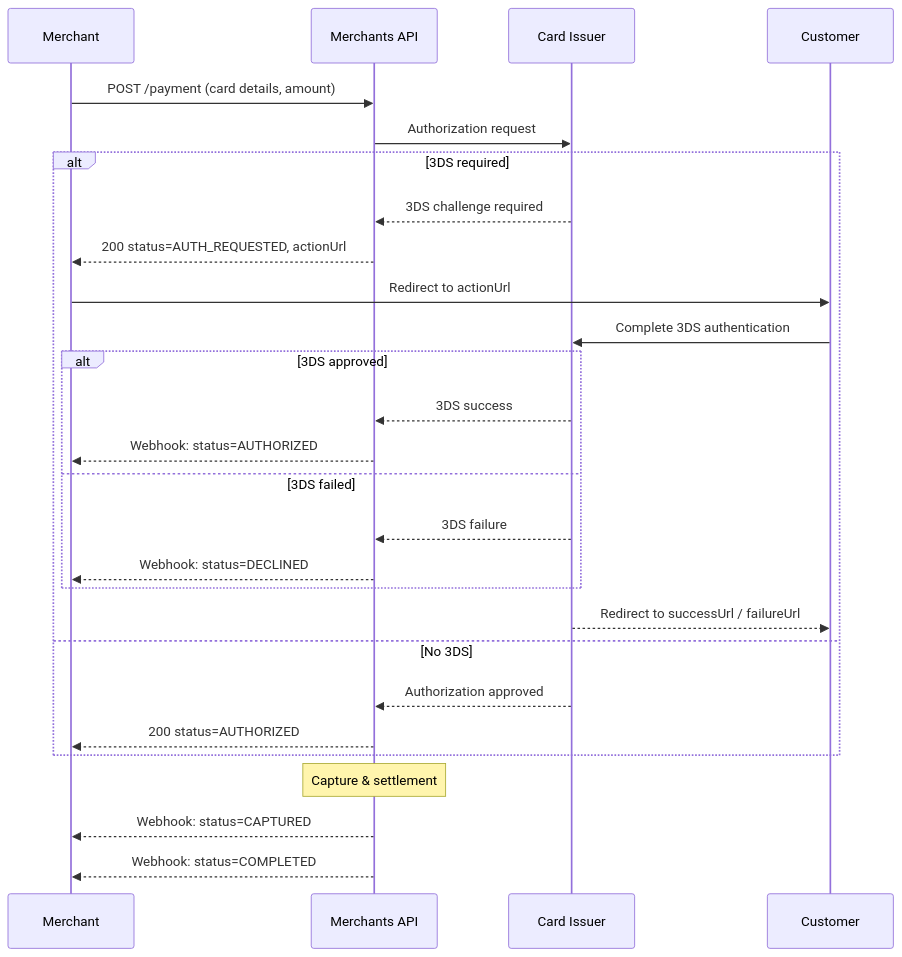
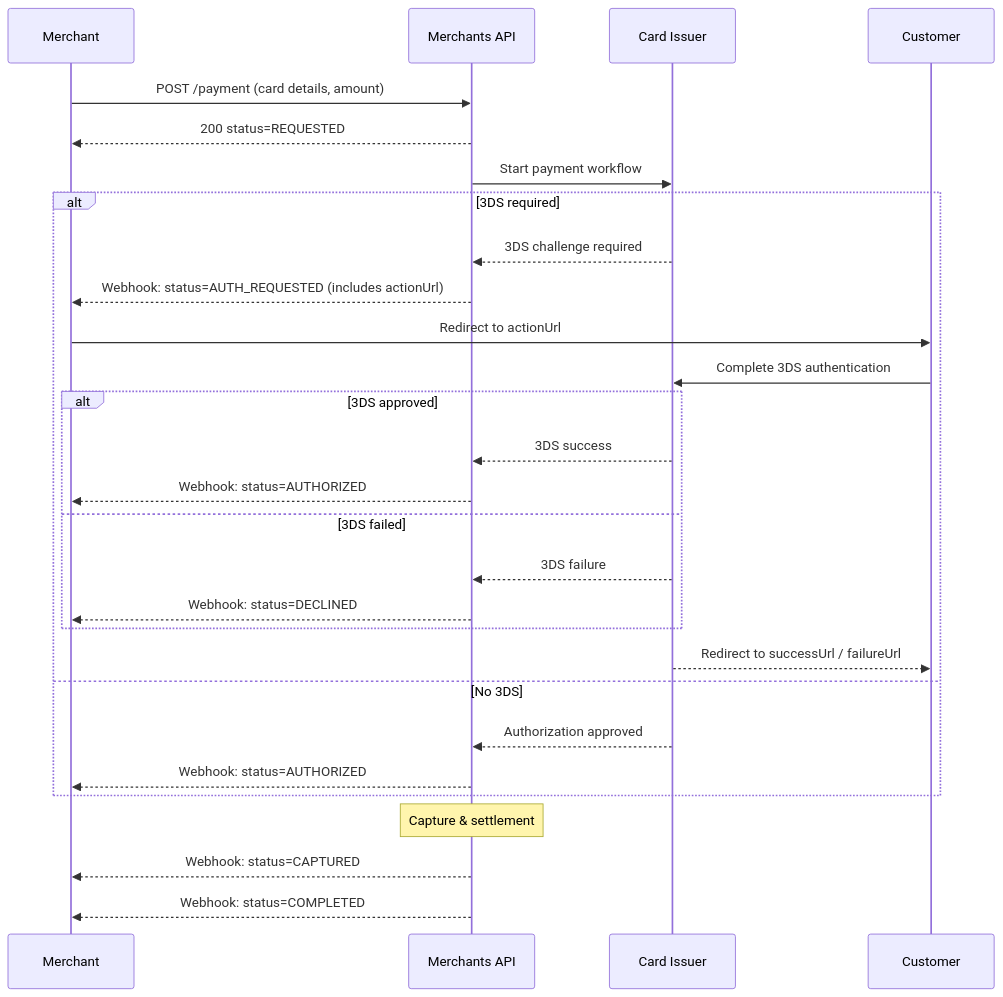
The first of 4 diagrams in docs/card-payments.md (KumaaGroup/platform-merchant-api), drawn with Mermaid before and after one commit. The commit also changed other lines of this file, not shown here.

First line of the commit message:
Fix payment flow: remove confirm endpoint, correct 3DS behavior

````diff
--- a/docs/card-payments.md
+++ b/docs/card-payments.md
@@ -13,30 +13,31 @@
 ```mermaid
 sequenceDiagram
     participant M as Merchant
     participant API as Merchants API
     participant I as Card Issuer
     participant C as Customer
 
     M->>API: POST /payment (card details, amount)
-    API->>I: Authorization request
+    API-->>M: 200 status=REQUESTED
+    API->>I: Start payment workflow
     alt 3DS required
         I-->>API: 3DS challenge required
-        API-->>M: 200 status=AUTH_REQUESTED, actionUrl
+        API-->>M: Webhook: status=AUTH_REQUESTED (includes actionUrl)
         M->>C: Redirect to actionUrl
         C->>I: Complete 3DS authentication
         alt 3DS approved
             I-->>API: 3DS success
             API-->>M: Webhook: status=AUTHORIZED
         else 3DS failed
             I-->>API: 3DS failure
             API-->>M: Webhook: status=DECLINED
         end
         I-->>C: Redirect to successUrl / failureUrl
     else No 3DS
         I-->>API: Authorization approved
-        API-->>M: 200 status=AUTHORIZED
+        API-->>M: Webhook: status=AUTHORIZED
     end
     Note over API: Capture & settlement
     API-->>M: Webhook: status=CAPTURED
     API-->>M: Webhook: status=COMPLETED
 ```
````
